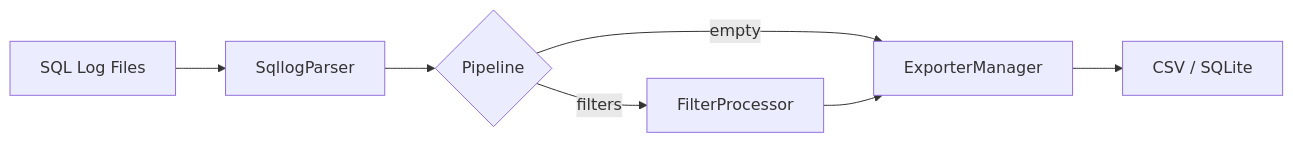
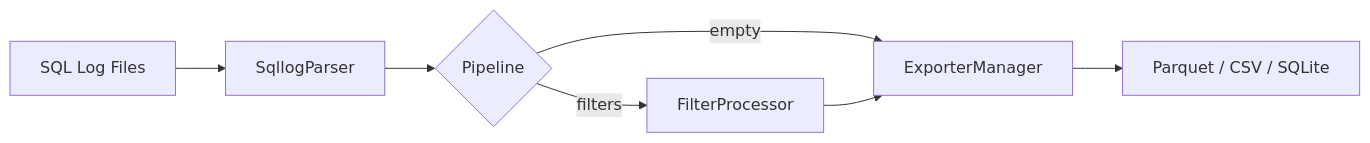
The diagram in README.md (guangl/dm-database-sqllog2db), drawn with Mermaid before and after one commit. The commit also changed other lines of this file and 33 other files, not shown here.

````diff
--- a/README.md
+++ b/README.md
@@ -57,9 +58,9 @@
 ```mermaid
 graph LR
     A[SQL Log Files] --> B[SqllogParser]
     B --> C{Pipeline}
     C -->|empty| D[ExporterManager]
     C -->|filters| E[FilterProcessor]
     E --> D
-    D --> F[CSV / SQLite]
+    D --> F[Parquet / CSV / SQLite]
 ```
````
